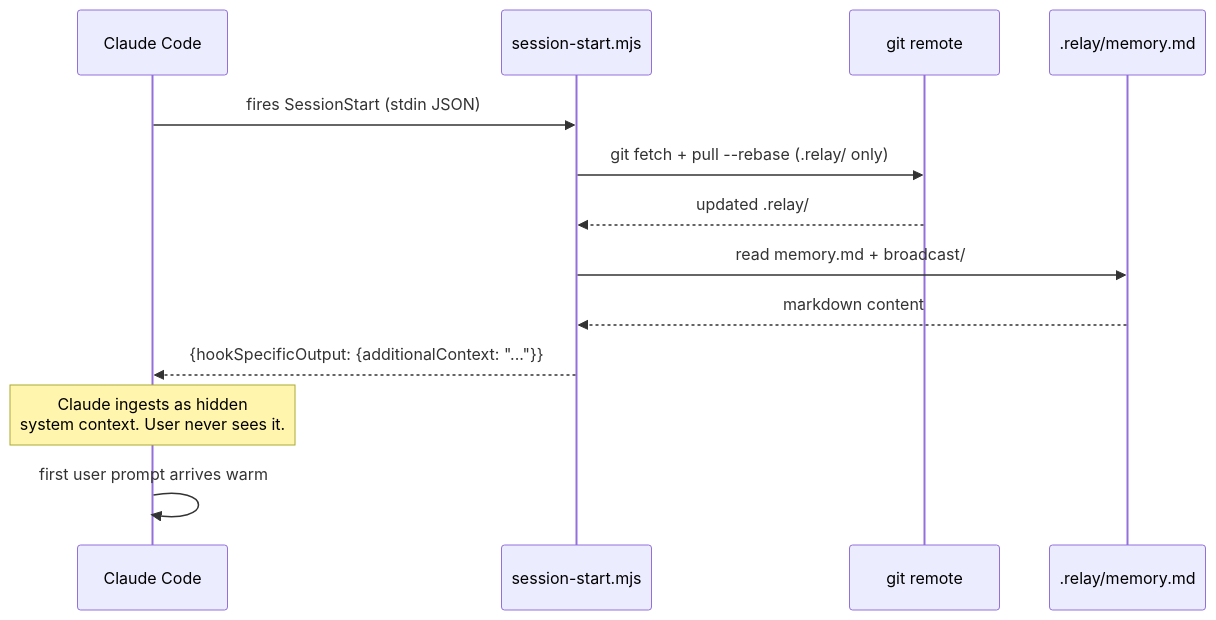
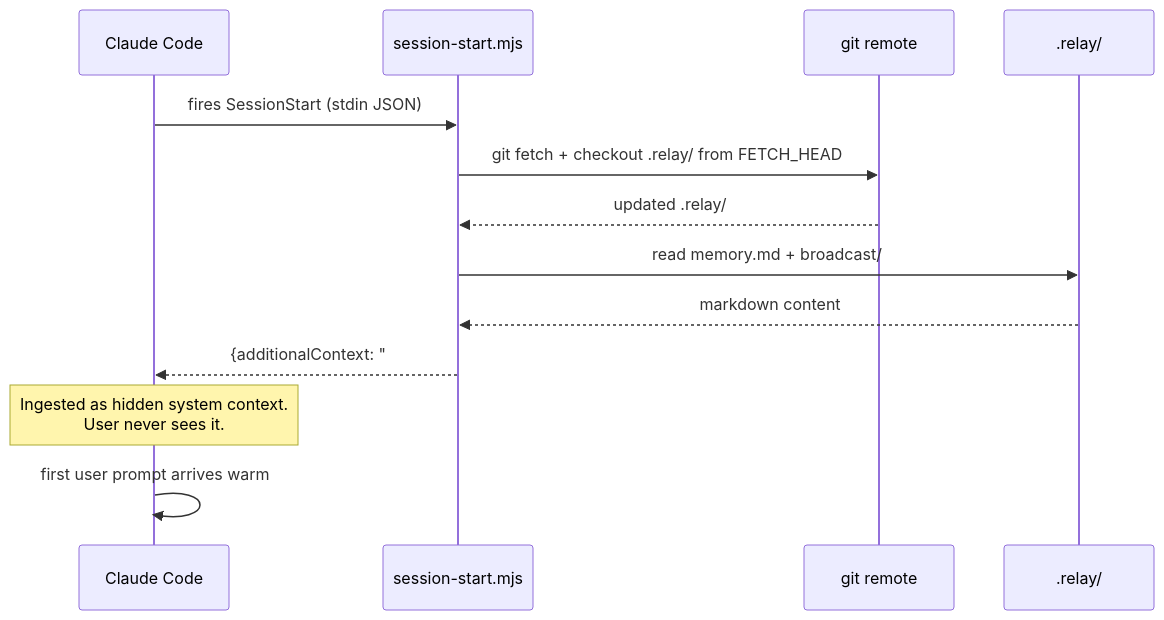
The second of 4 diagrams in docs-site/src/content/docs/architecture.md (ssm-08/wyren), drawn with Mermaid before and after one commit. The commit also changed other lines of this file and 17 other files, not shown here.

````diff
--- a/docs-site/src/content/docs/architecture.md
+++ b/docs-site/src/content/docs/architecture.md
@@ -41,16 +55,16 @@
 ```mermaid
 sequenceDiagram
     participant CC as Claude Code
     participant SS as session-start.mjs
     participant Git as git remote
-    participant FS as .relay/memory.md
+    participant FS as .relay/
 
     CC->>SS: fires SessionStart (stdin JSON)
-    SS->>Git: git fetch + pull --rebase (.relay/ only)
+    SS->>Git: git fetch + checkout .relay/ from FETCH_HEAD
     Git-->>SS: updated .relay/
     SS->>FS: read memory.md + broadcast/
     FS-->>SS: markdown content
-    SS-->>CC: {hookSpecificOutput: {additionalContext: "..."}}
-    Note over CC: Claude ingests as hidden<br/>system context. User never sees it.
+    SS-->>CC: {additionalContext: "# Relay Memory\n..."}
+    Note over CC: Ingested as hidden system context.<br/>User never sees it.
     CC->>CC: first user prompt arrives warm
 ```
````
